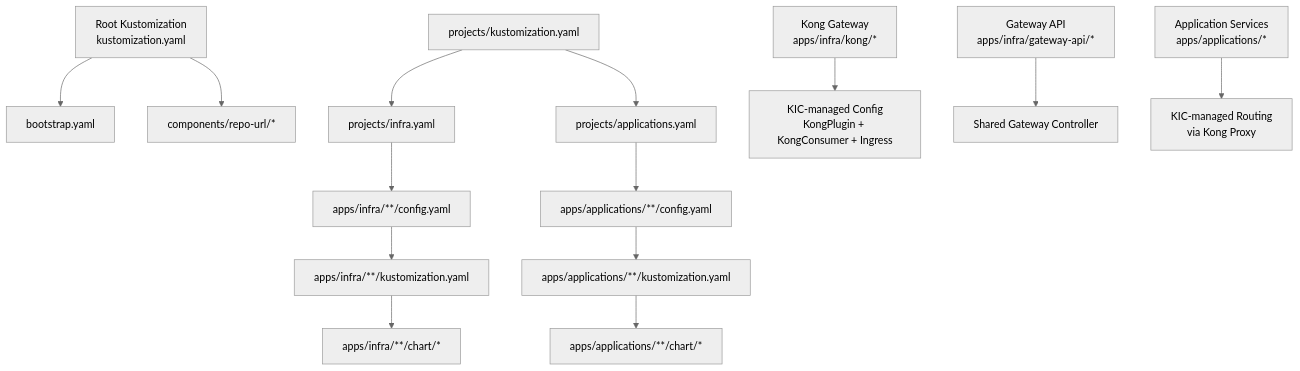
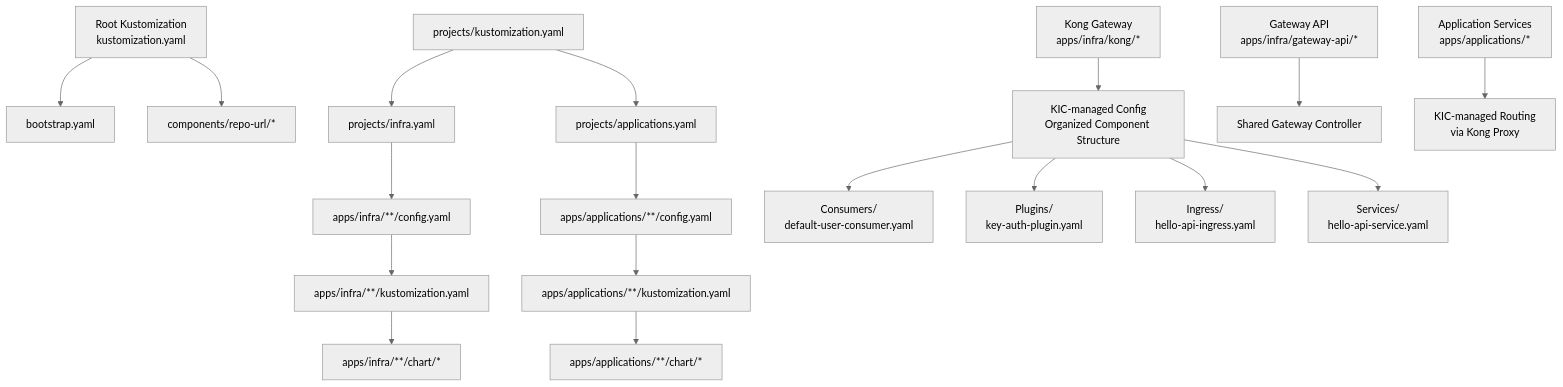
Before and after one commit to Hoangvu75/k8s_manifest: the first of 3 diagrams in .qoder/repowiki/en/content/Application Configuration/Application Configuration.md, drawn with Mermaid (neutral theme). The commit also changed other lines of this file and 6 other files, not shown here.

````diff
--- a/.qoder/repowiki/en/content/Application Configuration/Application Configuration.md
+++ b/.qoder/repowiki/en/content/Application Configuration/Application Configuration.md
@@ -68,16 +74,20 @@
 ```mermaid
 graph TB
 A["Root Kustomization<br/>kustomization.yaml"] --> B["bootstrap.yaml"]
 A --> C["components/repo-url/*"]
 D["projects/kustomization.yaml"] --> E["projects/infra.yaml"]
 D --> F["projects/applications.yaml"]
 E --> G["apps/infra/**/config.yaml"]
 F --> H["apps/applications/**/config.yaml"]
 G --> I["apps/infra/**/kustomization.yaml"]
 H --> J["apps/applications/**/kustomization.yaml"]
 I --> K["apps/infra/**/chart/*"]
 J --> L["apps/applications/**/chart/*"]
-M["Kong Gateway<br/>apps/infra/kong/*"] --> N["KIC-managed Config<br/>KongPlugin + KongConsumer + Ingress"]
-O["Gateway API<br/>apps/infra/gateway-api/*"] --> P["Shared Gateway Controller"]
-Q["Application Services<br/>apps/applications/*"] --> R["KIC-managed Routing<br/>via Kong Proxy"]
+M["Kong Gateway<br/>apps/infra/kong/*"] --> N["KIC-managed Config<br/>Organized Component Structure"]
+N --> O["Consumers/<br/>default-user-consumer.yaml"]
+N --> P["Plugins/<br/>key-auth-plugin.yaml"]
+N --> Q["Ingress/<br/>hello-api-ingress.yaml"]
+N --> R["Services/<br/>hello-api-service.yaml"]
+S["Gateway API<br/>apps/infra/gateway-api/*"] --> T["Shared Gateway Controller"]
+U["Application Services<br/>apps/applications/*"] --> V["KIC-managed Routing<br/>via Kong Proxy"]
 ```
````
